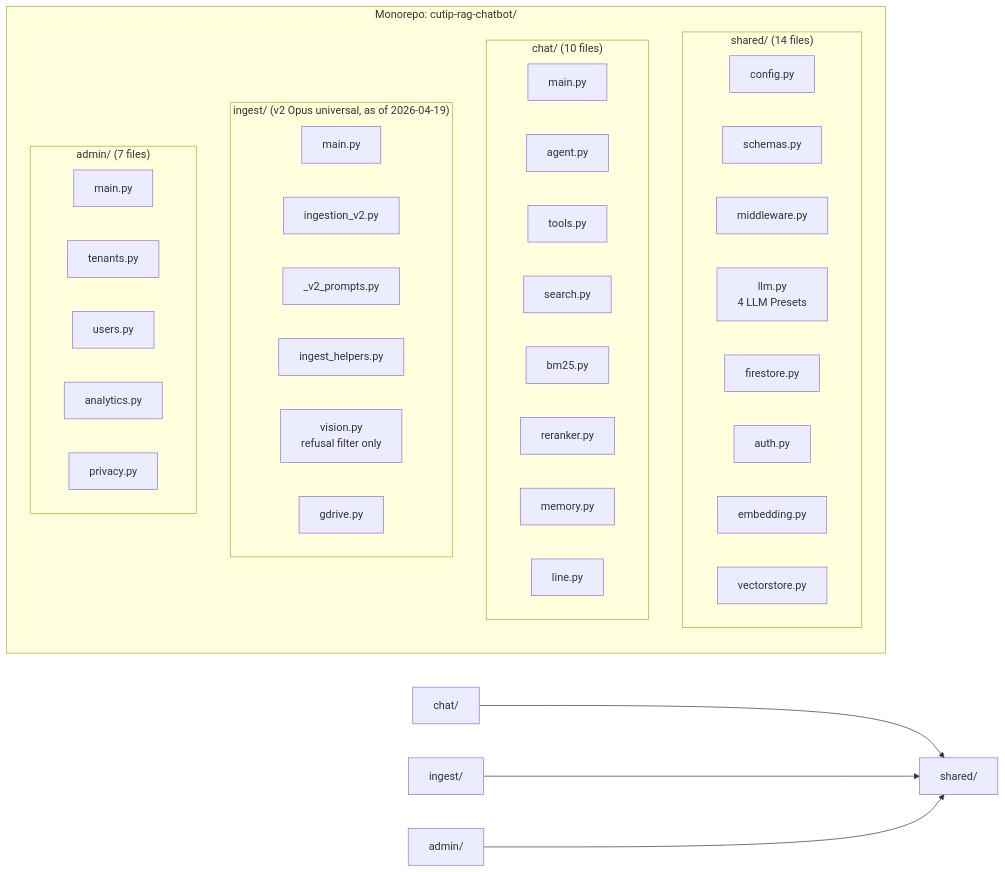
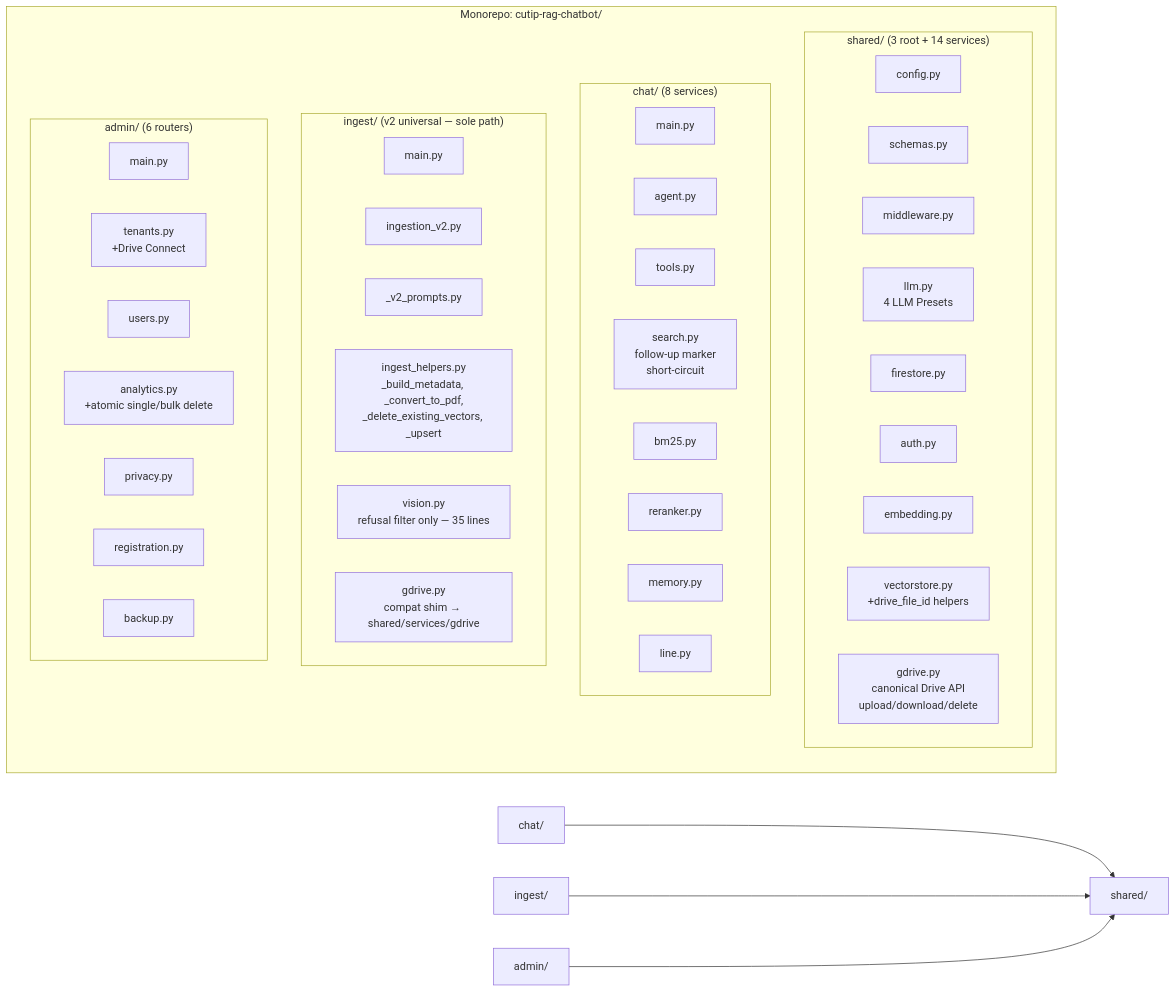
The second of 10 diagrams in docs/architecture.md (Kurkool/cutip-rag-chatbot), drawn with Mermaid before and after one commit. The commit also changed other lines of this file and 4 other files, not shown here.

````diff
--- a/docs/architecture.md
+++ b/docs/architecture.md
@@ -82,47 +85,50 @@
 ```mermaid
 graph LR
     subgraph "Monorepo: cutip-rag-chatbot/"
-        subgraph "shared/ (14 files)"
+        subgraph "shared/ (3 root + 14 services)"
             CONFIG[config.py]
             SCHEMAS[schemas.py]
             MW[middleware.py]
             LLM[llm.py<br/>4 LLM Presets]
             FS_SVC[firestore.py]
             AUTH[auth.py]
             EMBED[embedding.py]
-            VS[vectorstore.py]
+            VS[vectorstore.py<br/>+drive_file_id helpers]
+            GDRIVE_S[gdrive.py<br/>canonical Drive API<br/>upload/download/delete]
         end
 
-        subgraph "chat/ (10 files)"
+        subgraph "chat/ (8 services)"
             C_MAIN[main.py]
             AGENT[agent.py]
             TOOLS[tools.py]
-            SEARCH[search.py]
+            SEARCH[search.py<br/>follow-up marker<br/>short-circuit]
             BM25[bm25.py]
             RERANK[reranker.py]
             MEMORY[memory.py]
             LINE_SVC[line.py]
         end
 
-        subgraph "ingest/ (v2 Opus universal, as of 2026-04-19)"
+        subgraph "ingest/ (v2 universal — sole path)"
             I_MAIN[main.py]
             V2[ingestion_v2.py]
             V2_PROMPTS[_v2_prompts.py]
-            HELPERS[ingest_helpers.py]
-            VISION[vision.py<br/>refusal filter only]
-            GDRIVE[gdrive.py]
+            HELPERS[ingest_helpers.py<br/>_build_metadata, _convert_to_pdf,<br/>_delete_existing_vectors, _upsert]
+            VISION[vision.py<br/>refusal filter only — 35 lines]
+            GDRIVE[gdrive.py<br/>compat shim → shared/services/gdrive]
         end
 
-        subgraph "admin/ (7 files)"
+        subgraph "admin/ (6 routers)"
             A_MAIN[main.py]
-            TENANTS[tenants.py]
+            TENANTS[tenants.py<br/>+Drive Connect]
             USERS[users.py]
-            ANALYTICS[analytics.py]
+            ANALYTICS[analytics.py<br/>+atomic single/bulk delete]
             PRIVACY[privacy.py]
+            REG[registration.py]
+            BACKUP[backup.py]
         end
     end
 
     chat/ --> shared/
     ingest/ --> shared/
     admin/ --> shared/
 ```
````
